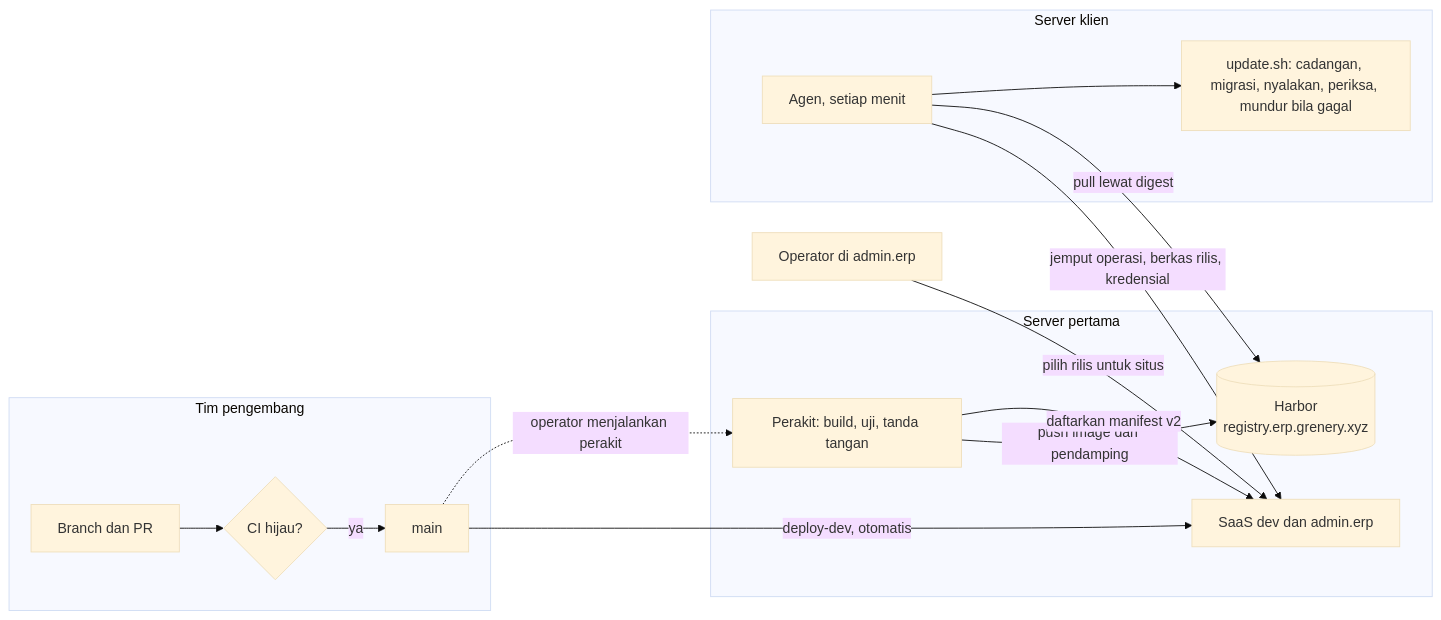
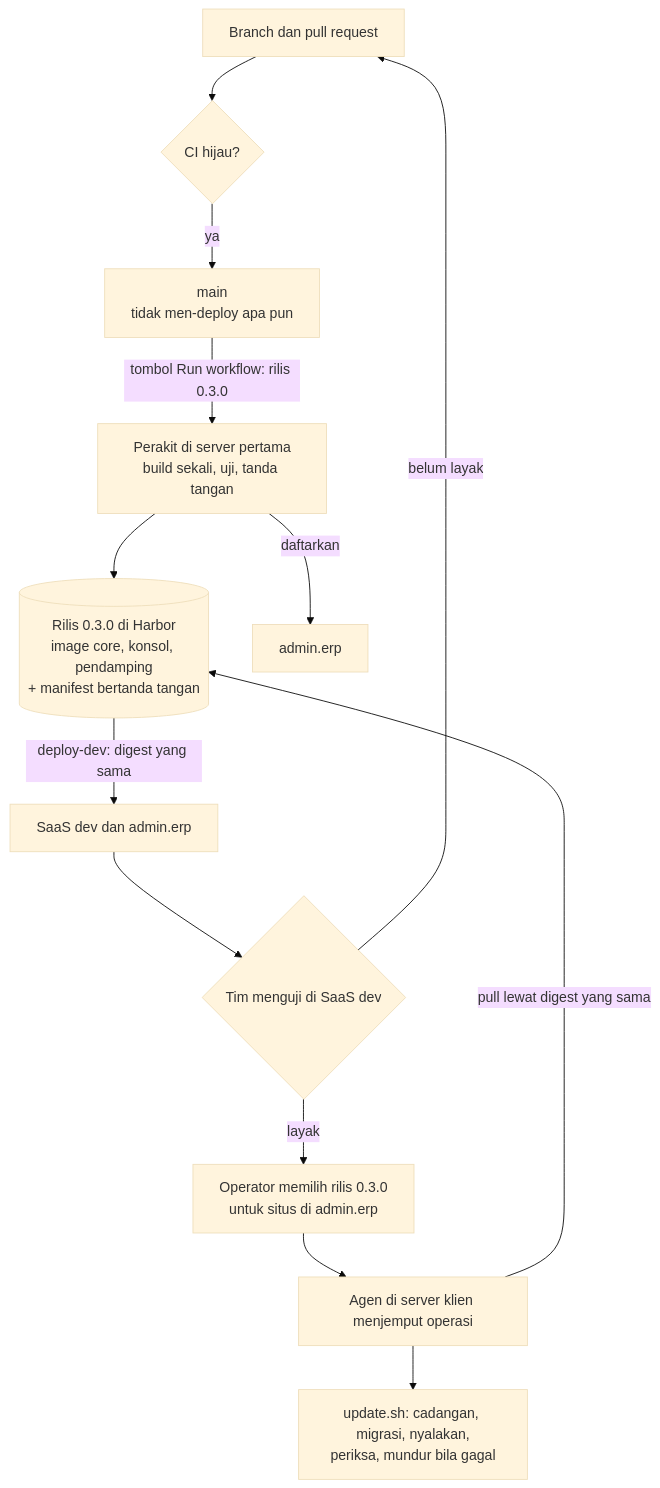
One commit to MettaDevs/coreERP changed the first of 2 diagrams in docs/dev/29-alur-rilis-server-klien.md. Above: the diagram before and after it, drawn with Mermaid (base theme). The commit also changed other lines of this file and 14 other files, not shown here.

First line of the commit message:
feat(rilis): tidak ada deploy dari main — SaaS dev dan server klien sama-sama memakai rilis

````diff
--- a/docs/dev/29-alur-rilis-server-klien.md
+++ b/docs/dev/29-alur-rilis-server-klien.md
@@ -27,22 +33,15 @@
 ```mermaid
-flowchart LR
-    subgraph Tim["Tim pengembang"]
-        BR[Branch dan PR] --> CI{CI hijau?}
-        CI -->|ya| MAIN[main]
-    end
-
-    subgraph S1["Server pertama"]
-        MAIN -->|deploy-dev, otomatis| SAAS[SaaS dev dan admin.erp]
-        MAIN -. operator menjalankan perakit .-> RAKIT[Perakit: build, uji, tanda tangan]
-        RAKIT -->|push image dan pendamping| HARBOR[(Harbor<br/>registry.erp.grenery.xyz)]
-        RAKIT -->|daftarkan manifest v2| SAAS
-    end
-
-    subgraph Klien["Server klien"]
-        AGEN[Agen, setiap menit] -->|jemput operasi, berkas rilis, kredensial| SAAS
-        AGEN -->|pull lewat digest| HARBOR
-        AGEN --> UPDATE[update.sh: cadangan, migrasi, nyalakan, periksa, mundur bila gagal]
-    end
-
-    OP[Operator di admin.erp] -->|pilih rilis untuk situs| SAAS
+flowchart TD
+    BR[Branch dan pull request] --> CI{CI hijau?}
+    CI -->|ya| MAIN[main<br/>tidak men-deploy apa pun]
+    MAIN -->|tombol Run workflow: rilis 0.3.0| RAKIT[Perakit di server pertama<br/>build sekali, uji, tanda tangan]
+    RAKIT --> REL[(Rilis 0.3.0 di Harbor<br/>image core, konsol, pendamping<br/>+ manifest bertanda tangan)]
+    RAKIT -->|daftarkan| KONSOL[admin.erp]
+    REL -->|deploy-dev: digest yang sama| DEV[SaaS dev dan admin.erp]
+    DEV --> UJI{Tim menguji di SaaS dev}
+    UJI -->|belum layak| BR
+    UJI -->|layak| PILIH[Operator memilih rilis 0.3.0<br/>untuk situs di admin.erp]
+    PILIH --> AGEN[Agen di server klien menjemput operasi]
+    AGEN -->|pull lewat digest yang sama| REL
+    AGEN --> PASANG[update.sh: cadangan, migrasi, nyalakan,<br/>periksa, mundur bila gagal]
 ```
````
